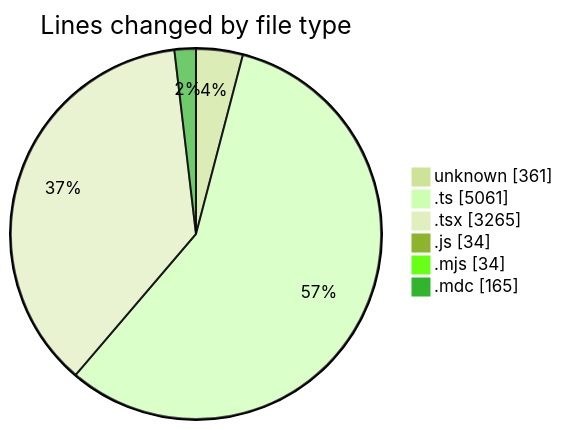
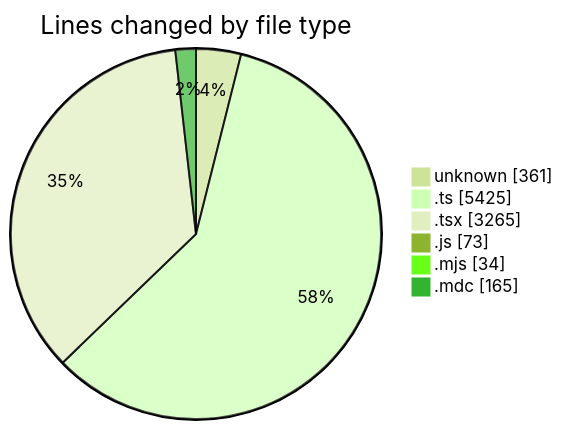
Before and after one commit to CELIANVF/code-tracking: the first of 2 diagrams in 2025-06-13/ecodeli-1/README.md, drawn with Mermaid (forest theme). The commit also changed other lines of this file and 1 other file, not shown here.

````diff
--- a/2025-06-13/ecodeli-1/README.md
+++ b/2025-06-13/ecodeli-1/README.md
@@ -34,10 +36,10 @@
 ```mermaid
 pie showData
 title Lines changed by file type
 "unknown" : 361
-".ts" : 5061
+".ts" : 5425
 ".tsx" : 3265
-".js" : 34
+".js" : 73
 ".mjs" : 34
 ".mdc" : 165
 ```
````
